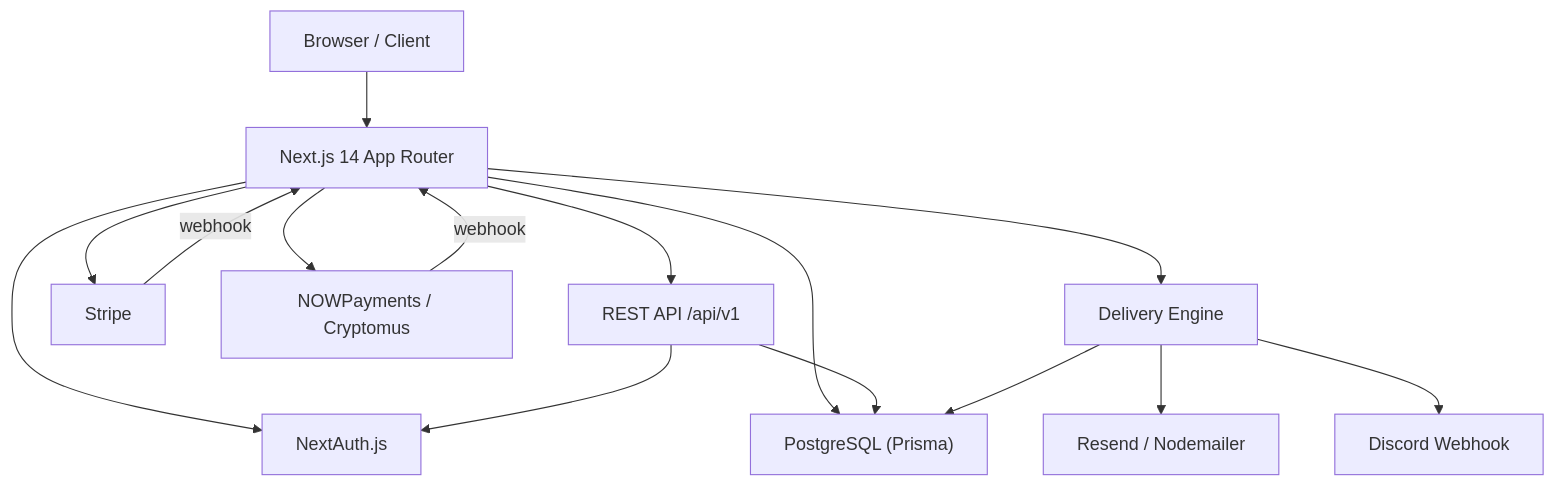
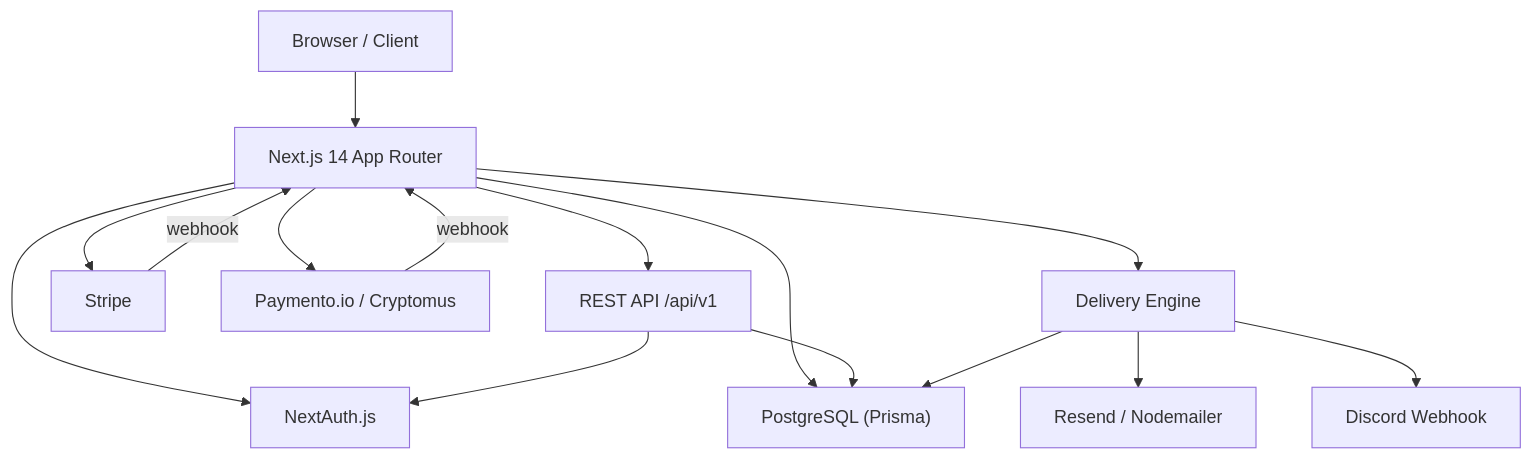
One commit to zencode-hue/piyrox changed the first of 2 diagrams in Piyrox 2.0/.kiro/specs/digital-marketplace/design.md. Above: the diagram before and after it, drawn with Mermaid. The commit also changed other lines of this file and 29 other files, not shown here.

````diff
--- a/Piyrox 2.0/.kiro/specs/digital-marketplace/design.md
+++ b/Piyrox 2.0/.kiro/specs/digital-marketplace/design.md
@@ -26,28 +26,28 @@
 ```mermaid
 graph TD
     Browser["Browser / Client"]
     NextApp["Next.js 14 App Router"]
     API["REST API /api/v1"]
     Auth["NextAuth.js"]
     DB["PostgreSQL (Prisma)"]
     Stripe["Stripe"]
-    Crypto["NOWPayments / Cryptomus"]
+    Crypto["Paymento.io / Cryptomus"]
     Resend["Resend / Nodemailer"]
     Discord["Discord Webhook"]
     DeliveryEngine["Delivery Engine"]
 
     Browser --> NextApp
     NextApp --> Auth
     NextApp --> DB
     NextApp --> API
     API --> DB
     API --> Auth
     NextApp --> Stripe
     NextApp --> Crypto
     Stripe -->|webhook| NextApp
     Crypto -->|webhook| NextApp
     NextApp --> DeliveryEngine
     DeliveryEngine --> DB
     DeliveryEngine --> Resend
     DeliveryEngine --> Discord
 ```
````
